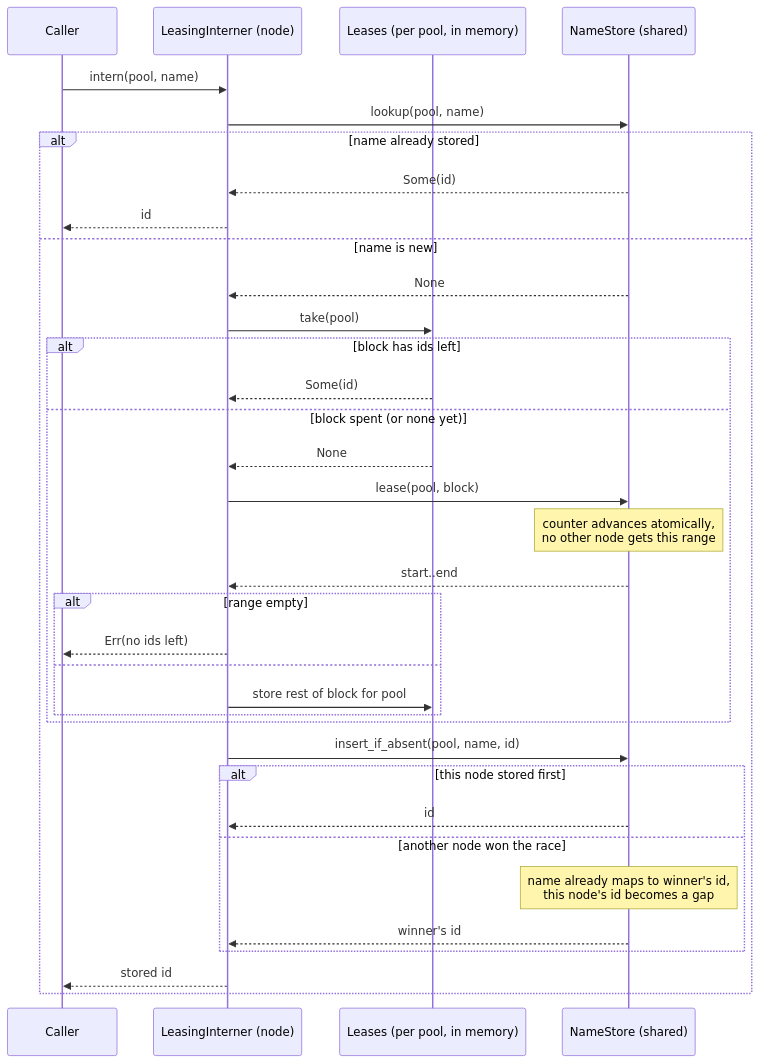
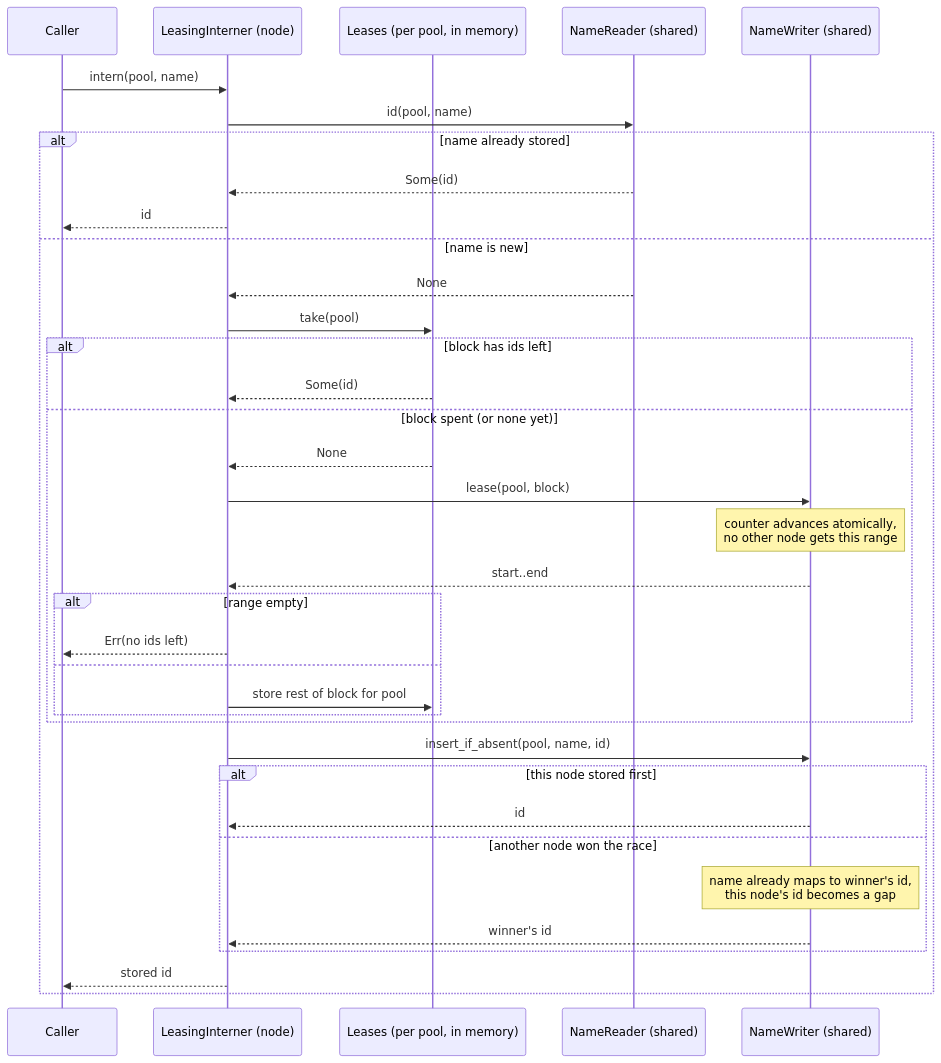
The diagram in docs/interner.md (marklauter/Sungma), drawn with Mermaid before and after one commit. The commit also changed other lines of this file and 26 other files, not shown here.

First line of the commit message:
Split the store ports into reader and writer pairs (#37)

````diff
--- a/docs/interner.md
+++ b/docs/interner.md
@@ -14,38 +14,39 @@
 ```mermaid
 sequenceDiagram
     participant C as Caller
     participant I as LeasingInterner (node)
     participant L as Leases (per pool, in memory)
-    participant S as NameStore (shared)
+    participant R as NameReader (shared)
+    participant W as NameWriter (shared)
 
     C->>I: intern(pool, name)
-    I->>S: lookup(pool, name)
+    I->>R: id(pool, name)
     alt name already stored
-        S-->>I: Some(id)
+        R-->>I: Some(id)
         I-->>C: id
     else name is new
-        S-->>I: None
+        R-->>I: None
         I->>L: take(pool)
         alt block has ids left
             L-->>I: Some(id)
         else block spent (or none yet)
             L-->>I: None
-            I->>S: lease(pool, block)
-            Note over S: counter advances atomically,<br/>no other node gets this range
-            S-->>I: start..end
+            I->>W: lease(pool, block)
+            Note over W: counter advances atomically,<br/>no other node gets this range
+            W-->>I: start..end
             alt range empty
                 I-->>C: Err(no ids left)
             else
                 I->>L: store rest of block for pool
             end
         end
-        I->>S: insert_if_absent(pool, name, id)
+        I->>W: insert_if_absent(pool, name, id)
         alt this node stored first
-            S-->>I: id
+            W-->>I: id
         else another node won the race
-            Note over S: name already maps to winner's id,<br/>this node's id becomes a gap
-            S-->>I: winner's id
+            Note over W: name already maps to winner's id,<br/>this node's id becomes a gap
+            W-->>I: winner's id
         end
         I-->>C: stored id
     end
 ```
````
